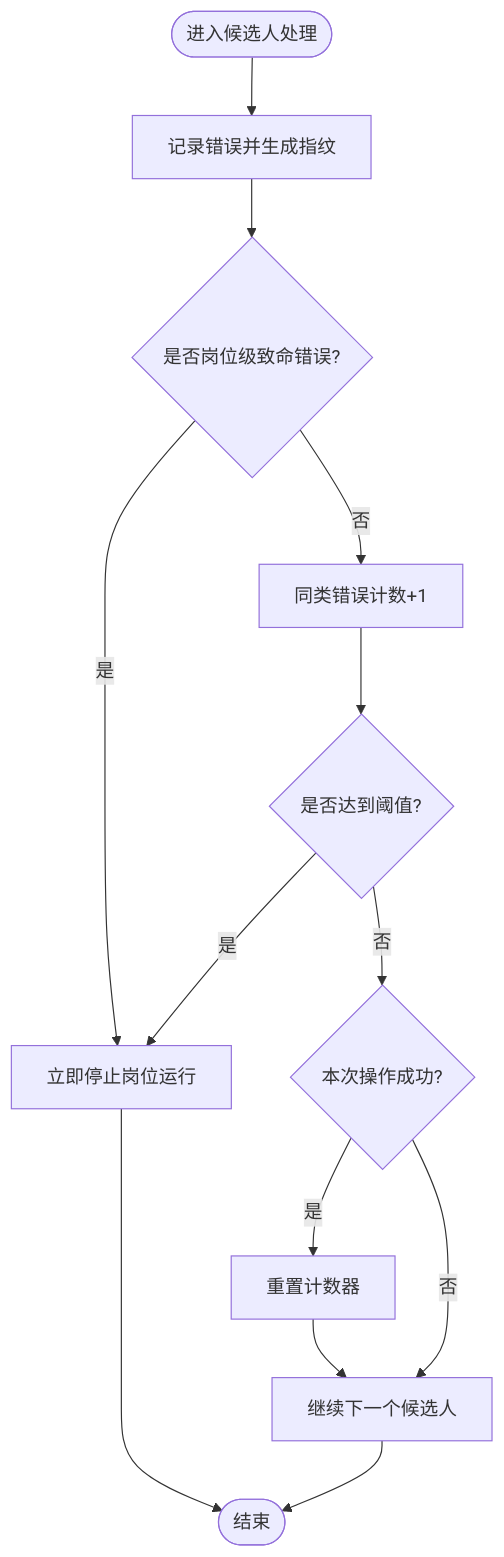
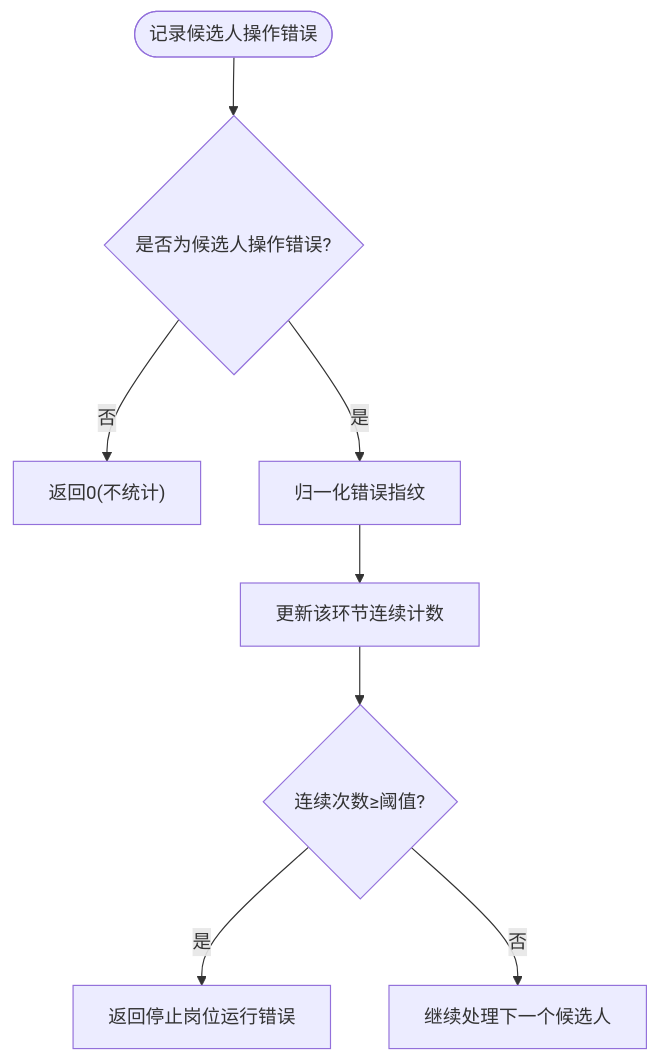
Before and after one commit to alvinwangzi/goodhr: the third of 8 diagrams in .qoder/repowiki/zh/content/云端后端服务/候选人处理系统/候选人数据摄入/错误处理和重试机制.md, drawn with Mermaid. The commit also changed other lines of this file and 149 other files, not shown here.

````diff
--- a/.qoder/repowiki/zh/content/云端后端服务/候选人处理系统/候选人数据摄入/错误处理和重试机制.md
+++ b/.qoder/repowiki/zh/content/云端后端服务/候选人处理系统/候选人数据摄入/错误处理和重试机制.md
@@ -150,15 +150,10 @@
 ```mermaid
 flowchart TD
-Start(["进入候选人处理"]) --> Record["记录错误并生成指纹"]
-Record --> CheckFatal{"是否岗位级致命错误?"}
-CheckFatal --> |是| Stop["立即停止岗位运行"]
-CheckFatal --> |否| Count["同类错误计数+1"]
-Count --> Threshold{"是否达到阈值?"}
-Threshold --> |是| Stop
-Threshold --> |否| Success{"本次操作成功?"}
-Success --> |是| Reset["重置计数器"]
-Success --> |否| Next["继续下一个候选人"]
-Reset --> Next
-Next --> End(["结束"])
-Stop --> End
+Start(["记录候选人操作错误"]) --> CheckType{"是否为候选人操作错误?"}
+CheckType --> |否| ReturnZero["返回0(不统计)"]
+CheckType --> |是| Normalize["归一化错误指纹"]
+Normalize --> UpdateState["更新该环节连续计数"]
+UpdateState --> Threshold{"连续次数≥阈值?"}
+Threshold --> |是| StopPosition["返回停止岗位运行错误"]
+Threshold --> |否| Continue["继续处理下一个候选人"]
 ```
````
